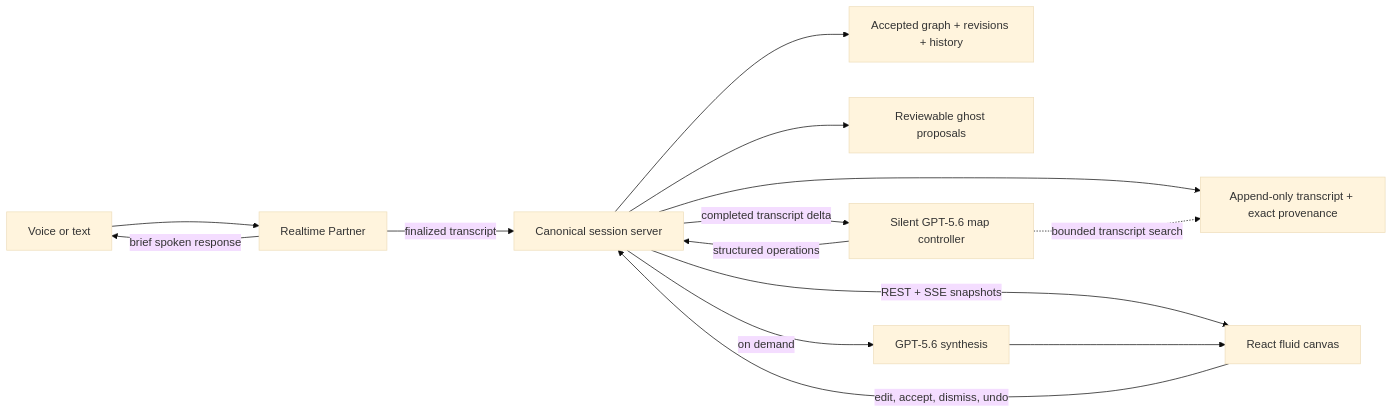
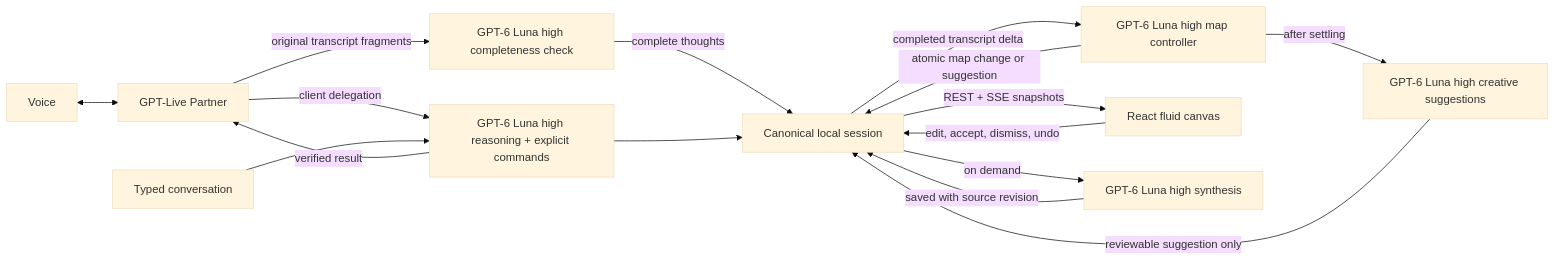
The diagram in README.md (maxrubin629/thoughtform), drawn with Mermaid (base theme) before and after one commit. The commit also changed other lines of this file and 61 other files, not shown here.

First line of the commit message:
Complete thinking workspace cleanup and browser-local example

````diff
--- a/README.md
+++ b/README.md
@@ -56,19 +60,18 @@
 ```mermaid
 flowchart LR
-    U["Voice or text"] --> R["Realtime Partner"]
-    R -->|"brief spoken response"| U
-    R -->|"finalized transcript"| S["Canonical session server"]
-
-    S --> T["Append-only transcript + exact provenance"]
-    S --> G["Accepted graph + revisions + history"]
-    S --> P["Reviewable ghost proposals"]
-
-    S -->|"completed transcript delta"| C["Silent GPT-5.6 map controller"]
-    C -->|"structured operations"| S
-    C -.->|"bounded transcript search"| T
-
+    U["Voice"] <--> L["GPT-Live Partner"]
+    L -->|"client delegation"| B["GPT-6 Luna high reasoning + explicit commands"]
+    B -->|"verified result"| L
+    L -->|"original transcript fragments"| C["GPT-6 Luna high completeness check"]
+    C -->|"complete thoughts"| S["Canonical local session"]
+    X["Typed conversation"] --> B
+    B --> S
+    S -->|"completed transcript delta"| M["GPT-6 Luna high map controller"]
+    M -->|"atomic map change or suggestion"| S
+    M -->|"after settling"| I["GPT-6 Luna high creative suggestions"]
+    I -->|"reviewable suggestion only"| S
     S -->|"REST + SSE snapshots"| V["React fluid canvas"]
     V -->|"edit, accept, dismiss, undo"| S
-    S -->|"on demand"| Y["GPT-5.6 synthesis"]
-    Y --> V
+    S -->|"on demand"| Y["GPT-6 Luna high synthesis"]
+    Y -->|"saved with source revision"| S
 ```
````
